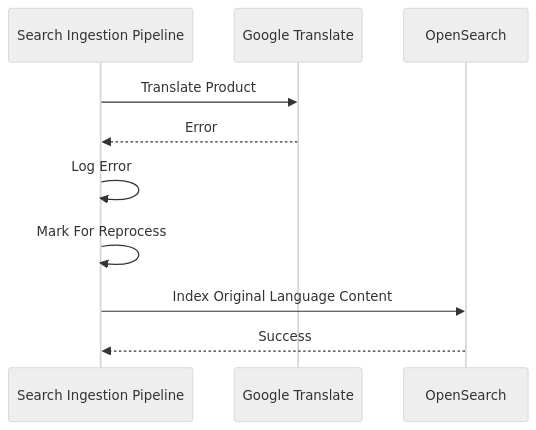
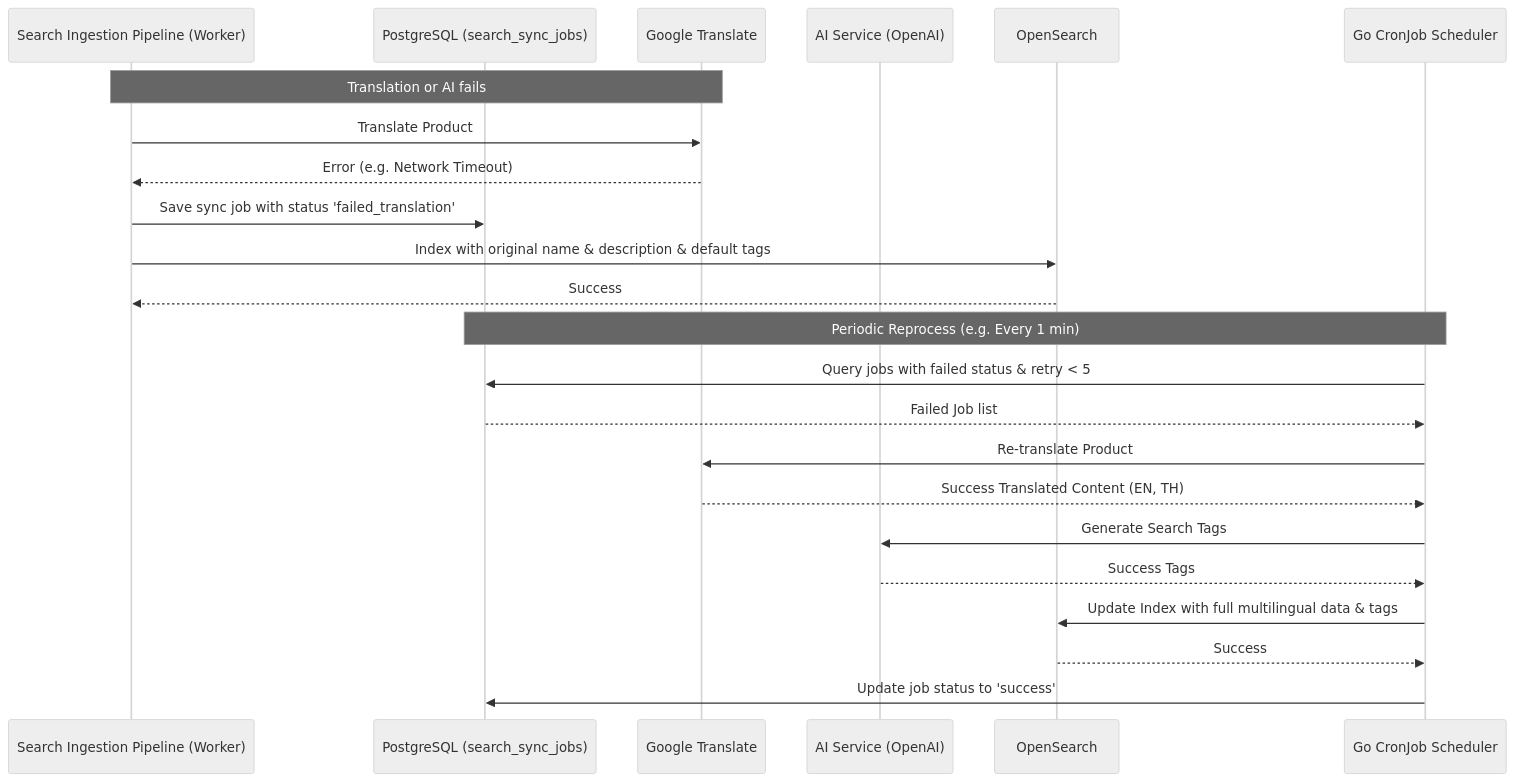
The second of 3 diagrams in ba/user-stories/US-001-Product-Ingestion.md (PhamHao1412/search-engine), drawn with Mermaid (neutral theme) before and after one commit. The commit also changed other lines of this file and 66 other files, not shown here.

Commit message:
[main]feat: implement product ingestion pipeline and product search api (us-001 & us-002)

````diff
--- a/ba/user-stories/US-001-Product-Ingestion.md
+++ b/ba/user-stories/US-001-Product-Ingestion.md
@@ -128,19 +132,28 @@
 ```mermaid
 sequenceDiagram
 
-participant Ingestion as Search Ingestion Pipeline
+participant Ingestion as Search Ingestion Pipeline (Worker)
+participant DB as PostgreSQL (search_sync_jobs)
 participant Translate as Google Translate
+participant AI as AI Service (OpenAI)
 participant OpenSearch as OpenSearch
+participant Cron as Go CronJob Scheduler
 
+Note over Ingestion,Translate: Translation or AI fails
 Ingestion->>Translate: Translate Product
+Translate-->>Ingestion: Error (e.g. Network Timeout)
+Ingestion->>DB: Save sync job with status 'failed_translation'
+Ingestion->>OpenSearch: Index with original name & description & default tags
+OpenSearch-->>Ingestion: Success
 
-Translate-->>Ingestion: Error
-
-Ingestion->>Ingestion: Log Error
-
-Ingestion->>Ingestion: Mark For Reprocess
-
-Ingestion->>OpenSearch: Index Original Language Content
-
-OpenSearch-->>Ingestion: Success
+Note over Cron,DB: Periodic Reprocess (e.g. Every 1 min)
+Cron->>DB: Query jobs with failed status & retry < 5
+DB-->>Cron: Failed Job list
+Cron->>Translate: Re-translate Product
+Translate-->>Cron: Success Translated Content (EN, TH)
+Cron->>AI: Generate Search Tags
+AI-->>Cron: Success Tags
+Cron->>OpenSearch: Update Index with full multilingual data & tags
+OpenSearch-->>Cron: Success
+Cron->>DB: Update job status to 'success'
 ```
````
